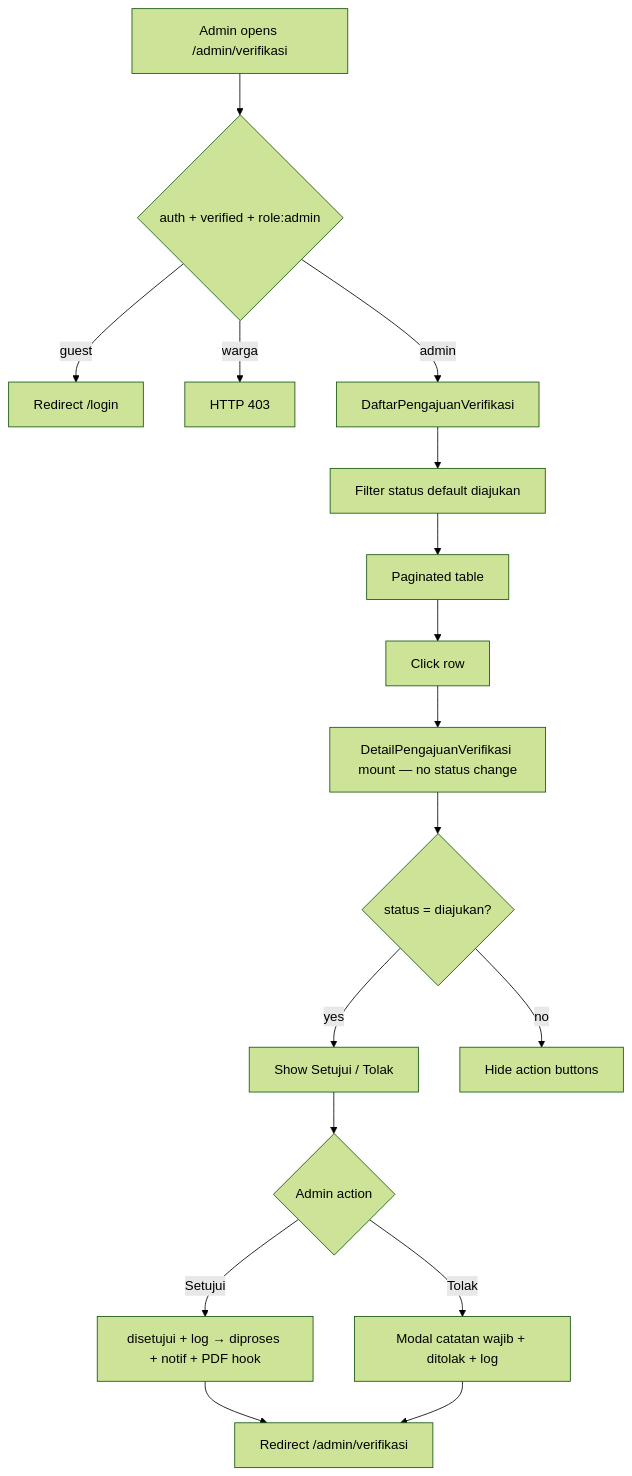
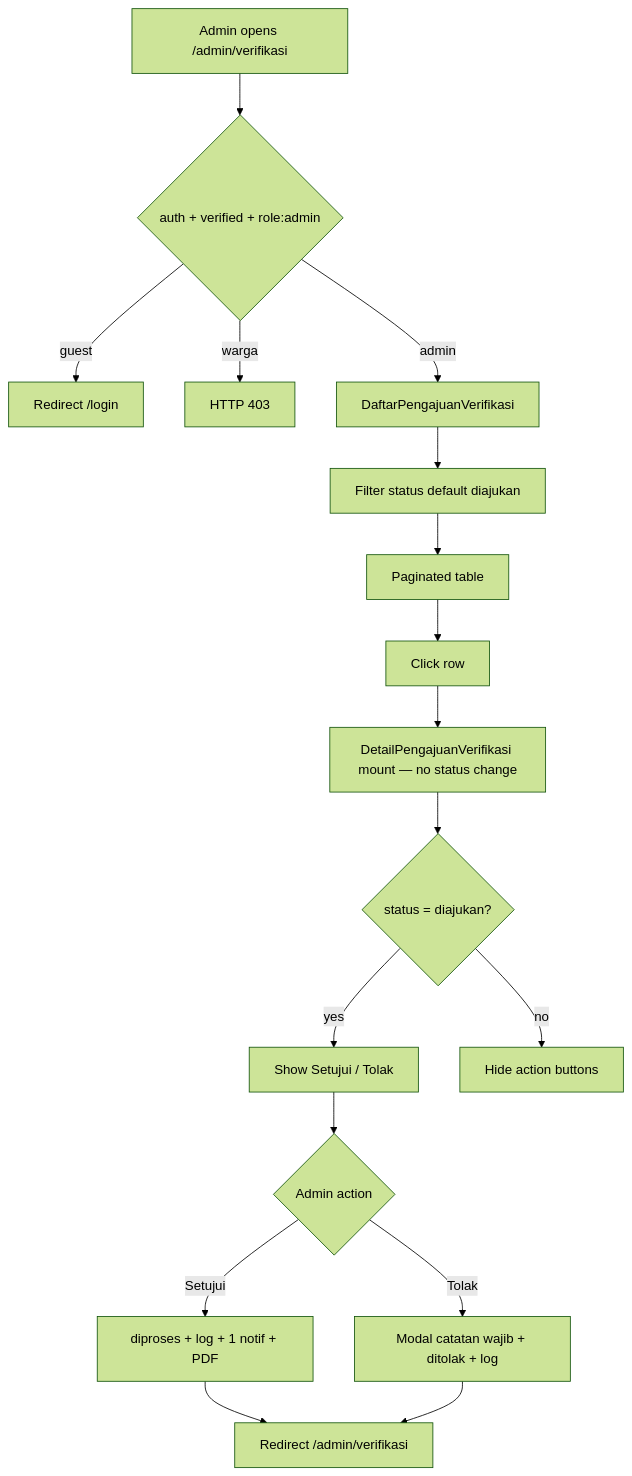
Before and after one commit to ZulfikarHD/sistem-desa: the first of 2 diagrams in docs/dev-docs/features/verifikasi-pengajuan.md, drawn with Mermaid (forest theme). The commit also changed other lines of this file and 29 other files, not shown here.

First line of the commit message:
feat(verifikasi): rename daftar pengajuan dan setujui langsung diproses (US-8.3/8.4)

````diff
--- a/docs/dev-docs/features/verifikasi-pengajuan.md
+++ b/docs/dev-docs/features/verifikasi-pengajuan.md
@@ -11,19 +11,19 @@
 ```mermaid
 flowchart TD
     A[Admin opens /admin/verifikasi] --> B{auth + verified + role:admin}
     B -->|guest| C[Redirect /login]
     B -->|warga| D[HTTP 403]
     B -->|admin| E[DaftarPengajuanVerifikasi]
     E --> F[Filter status default diajukan]
     F --> G[Paginated table]
     G --> H[Click row]
     H --> I[DetailPengajuanVerifikasi mount — no status change]
     I --> J{status = diajukan?}
     J -->|yes| K[Show Setujui / Tolak]
     J -->|no| L[Hide action buttons]
     K --> M{Admin action}
-    M -->|Setujui| N[disetujui + log → diproses + notif + PDF hook]
+    M -->|Setujui| N[diproses + log + 1 notif + PDF]
     M -->|Tolak| O[Modal catatan wajib + ditolak + log]
     N --> P[Redirect /admin/verifikasi]
     O --> P
 ```
````
